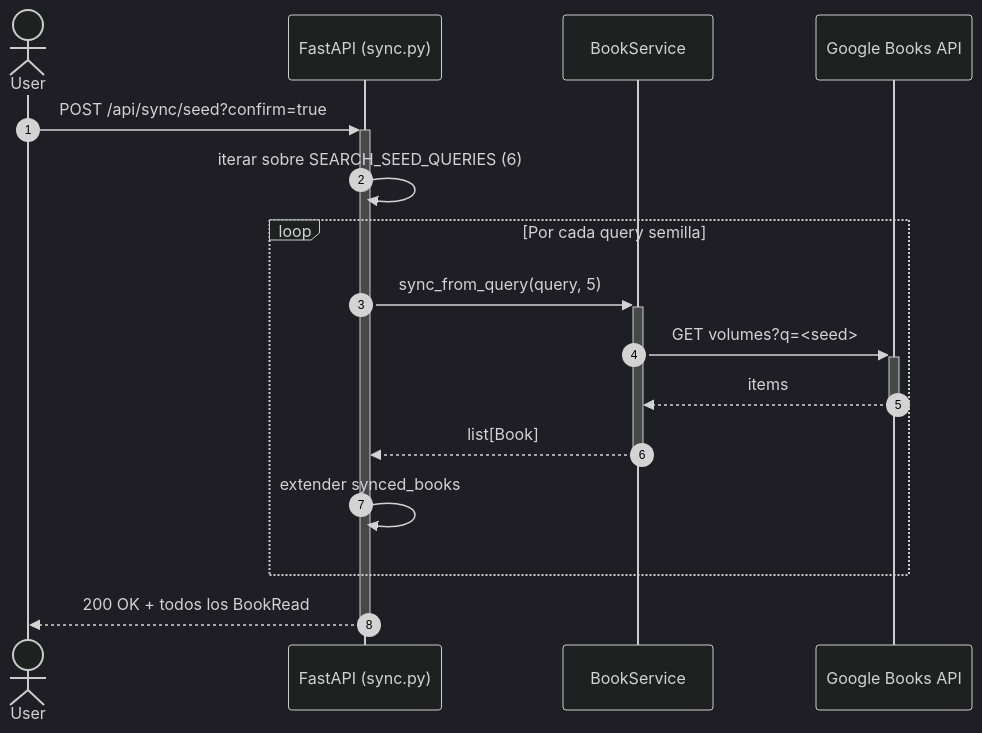
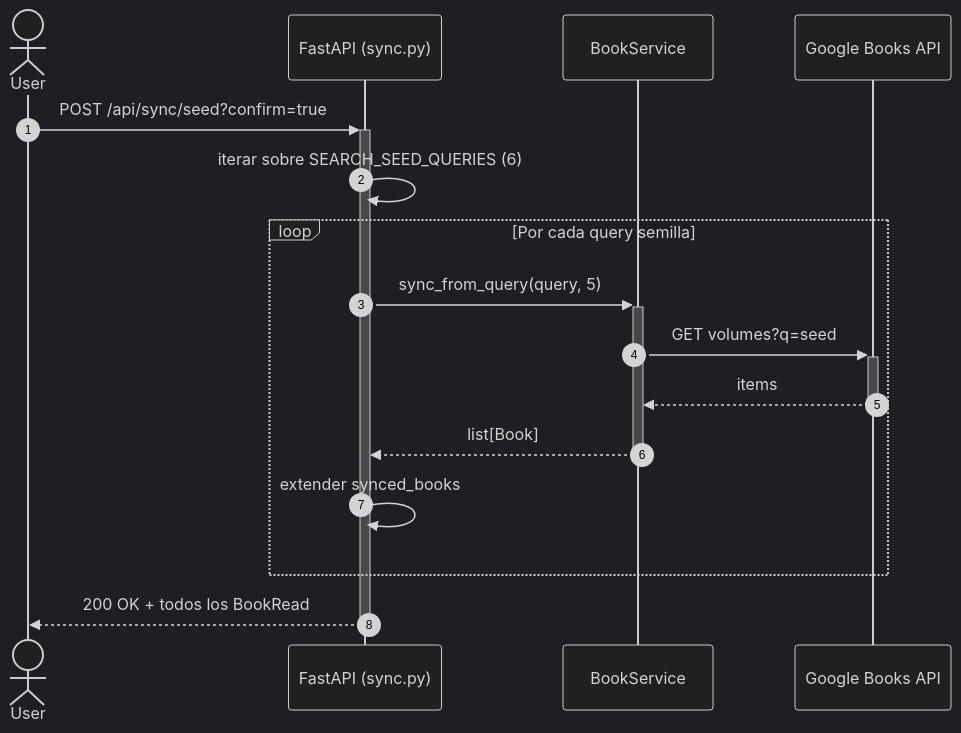
One commit to dabolanosm/pt_makita changed the second of 3 diagrams in docs/diagrams/04-secuencia-sync.md. Above: the diagram before and after it, drawn with Mermaid (dark theme). The commit also changed other lines of this file, not shown here.

````diff
--- a/docs/diagrams/04-secuencia-sync.md
+++ b/docs/diagrams/04-secuencia-sync.md
@@ -91,19 +91,19 @@
 ```mermaid
 sequenceDiagram
     autonumber
     actor User
     participant API as FastAPI (sync.py)
     participant Svc as BookService
     participant Books as Google Books API
 
     User->>+API: POST /api/sync/seed?confirm=true
     API->>API: iterar sobre SEARCH_SEED_QUERIES (6)
     loop Por cada query semilla
         API->>+Svc: sync_from_query(query, 5)
-        Svc->>+Books: GET volumes?q=<seed>
+        Svc->>+Books: GET volumes?q=seed
         Books-->>-Svc: items
         Svc-->>-API: list[Book]
         API->>API: extender synced_books
     end
     API-->>-User: 200 OK + todos los BookRead
 ```
````
